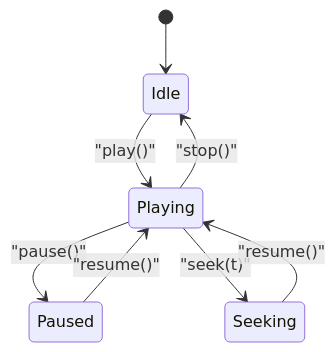
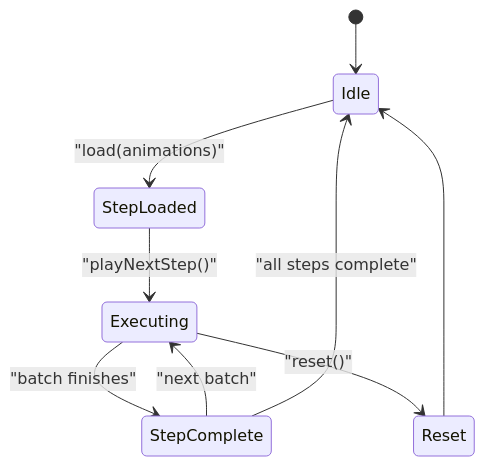
One commit to Anna0314zy/ai_editor_enginer changed the fifth of 7 diagrams in .qoder/repowiki/en/content/Animation System/Animation System.md. Above: the diagram before and after it, drawn with Mermaid. The commit also changed other lines of this file and 10 other files, not shown here.

````diff
--- a/.qoder/repowiki/en/content/Animation System/Animation System.md
+++ b/.qoder/repowiki/en/content/Animation System/Animation System.md
@@ -331,10 +293,11 @@
 ```mermaid
 stateDiagram-v2
 [*] --> Idle
-Idle --> Playing : "play()"
-Playing --> Paused : "pause()"
-Paused --> Playing : "resume()"
-Playing --> Seeking : "seek(t)"
-Seeking --> Playing : "resume()"
-Playing --> Idle : "stop()"
+Idle --> StepLoaded : "load(animations)"
+StepLoaded --> Executing : "playNextStep()"
+Executing --> StepComplete : "batch finishes"
+StepComplete --> Executing : "next batch"
+StepComplete --> Idle : "all steps complete"
+Executing --> Reset : "reset()"
+Reset --> Idle
 ```
````
